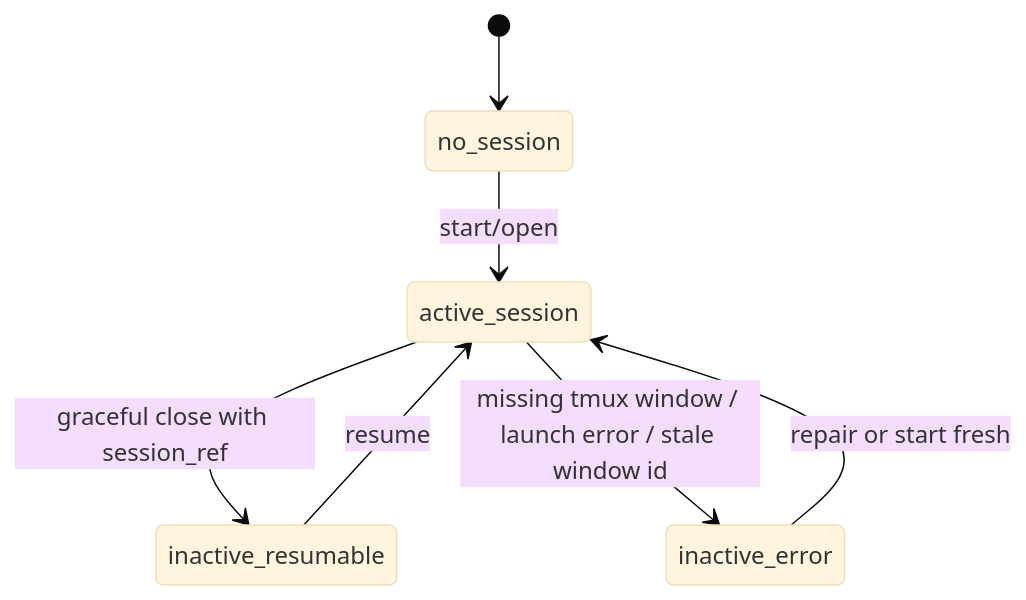
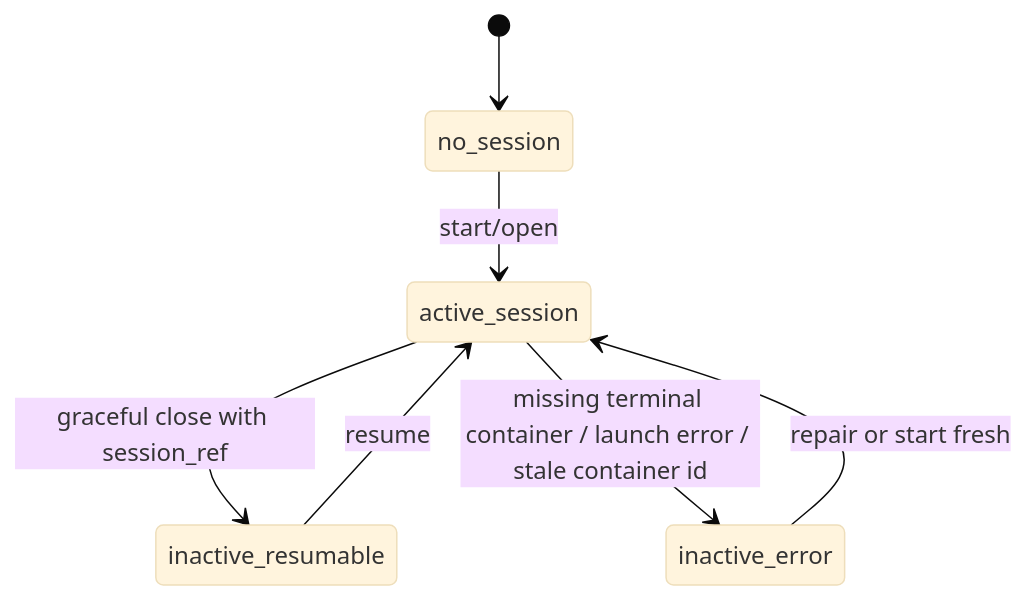
The second of 6 diagrams in docs/state-management.md (carlotran4/kanbi), drawn with Mermaid (base theme) before and after one commit. The commit also changed other lines of this file and 12 other files, not shown here.

````diff
--- a/docs/state-management.md
+++ b/docs/state-management.md
@@ -41,9 +41,9 @@
 ```mermaid
 stateDiagram-v2
     [*] --> no_session
     no_session --> active_session: start/open
     active_session --> inactive_resumable: graceful close with session_ref
-    active_session --> inactive_error: missing tmux window / launch error / stale window id
+    active_session --> inactive_error: missing terminal container / launch error / stale container id
     inactive_resumable --> active_session: resume
     inactive_error --> active_session: repair or start fresh
 ```
````
